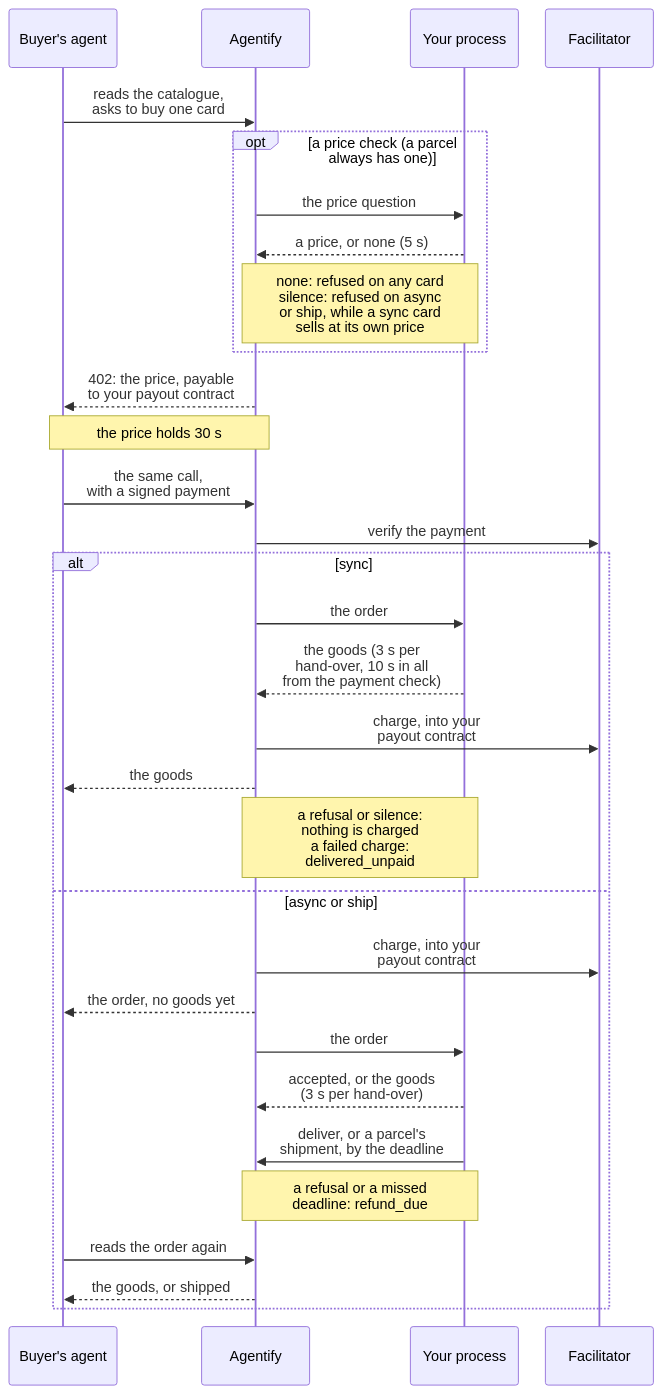
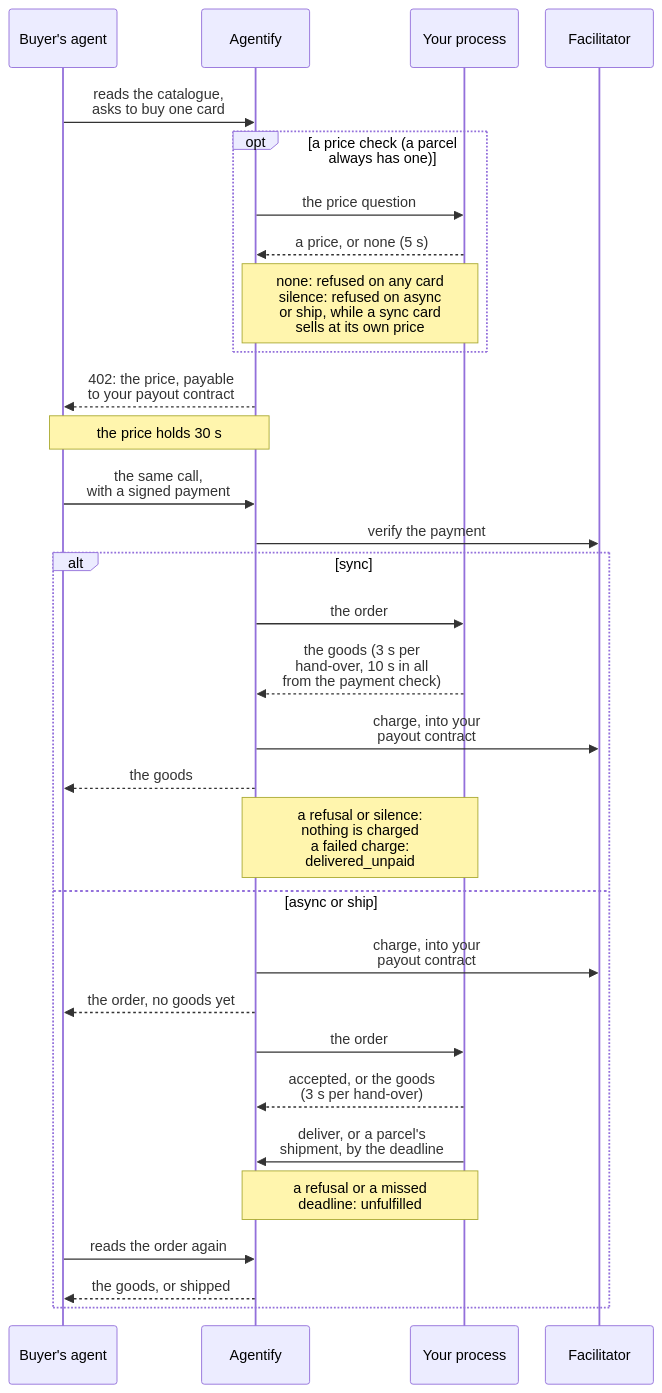
The diagram in apps/docs/quickstart.md (nuanu-ai/agentify), drawn with Mermaid before and after one commit. The commit also changed other lines of this file and 133 other files, not shown here.

````diff
--- a/apps/docs/quickstart.md
+++ b/apps/docs/quickstart.md
@@ -44,41 +44,41 @@
 ```mermaid
 ---
 config:
   sequence:
     width: 120
     actorMargin: 30
 ---
 sequenceDiagram
     accTitle: One purchase, from the catalogue to the goods
-    accDescr: The agent reads the catalogue and asks to buy a card. If the card has a price check, which a parcel's card always has, Agentify asks your process the price and waits five seconds; an answer of none refuses the purchase on any card, and silence refuses it on a card charged at purchase while a synchronous card sells at its own price. Agentify answers 402 Payment Required with the price and your payout contract as the payee, and the price holds thirty seconds. The agent repeats the call with a signed payment and the facilitator verifies it. In the synchronous mode the order goes to your process, which answers each hand-over within three seconds and has ten seconds in all from the payment check to send back the goods; the facilitator then executes the charge into your payout contract and the agent receives the goods. A refusal or silence instead charges nothing, and a failed charge leaves the order delivered_unpaid. In the asynchronous and parcel modes the charge is executed first, the agent receives an order it reads again later, your process answers each hand-over within three seconds, accepting the order or delivering at once, and delivers later with a separate call by the deadline on your card; a parcel's delivery is its shipment. A refusal or a missed deadline instead leaves a refund owed.
+    accDescr: The agent reads the catalogue and asks to buy a card. If the card has a price check, which a parcel's card always has, Agentify asks your process the price and waits five seconds; an answer of none refuses the purchase on any card, and silence refuses it on a card charged at purchase while a synchronous card sells at its own price. Agentify answers 402 Payment Required with the price and your payout contract as the payee, and the price holds thirty seconds. The agent repeats the call with a signed payment and the facilitator verifies it. In the synchronous mode the order goes to your process, which answers each hand-over within three seconds and has ten seconds in all from the payment check to send back the goods; the facilitator then executes the charge into your payout contract and the agent receives the goods. A refusal or silence instead charges nothing, and a failed charge leaves the order delivered_unpaid. In the asynchronous and parcel modes the charge is executed first, the agent receives an order it reads again later, your process answers each hand-over within three seconds, accepting the order or delivering at once, and delivers later with a separate call by the deadline on your card; a parcel's delivery is its shipment. A refusal or a missed deadline instead leaves a paid order unfulfilled.
     participant A as Buyer's agent
     participant G as Agentify
     participant Y as Your process
     participant F as Facilitator
     A->>G: reads the catalogue,<br/>asks to buy one card
     opt a price check (a parcel always has one)
         G->>Y: the price question
         Y-->>G: a price, or none (5 s)
         Note over G,Y: none: refused on any card<br/>silence: refused on async<br/>or ship, while a sync card<br/>sells at its own price
     end
     G-->>A: 402: the price, payable<br/>to your payout contract
     Note over A,G: the price holds 30 s
     A->>G: the same call,<br/>with a signed payment
     G->>F: verify the payment
     alt sync
         G->>Y: the order
         Y-->>G: the goods (3 s per<br/>hand-over, 10 s in all<br/>from the payment check)
         G->>F: charge, into your<br/>payout contract
         G-->>A: the goods
         Note over G,Y: a refusal or silence:<br/>nothing is charged<br/>a failed charge:<br/>delivered_unpaid
     else async or ship
         G->>F: charge, into your<br/>payout contract
         G-->>A: the order, no goods yet
         G->>Y: the order
         Y-->>G: accepted, or the goods<br/>(3 s per hand-over)
         Y->>G: deliver, or a parcel's<br/>shipment, by the deadline
-        Note over G,Y: a refusal or a missed<br/>deadline: refund_due
+        Note over G,Y: a refusal or a missed<br/>deadline: unfulfilled
         A->>G: reads the order again
         G-->>A: the goods, or shipped
     end
 ```
````
